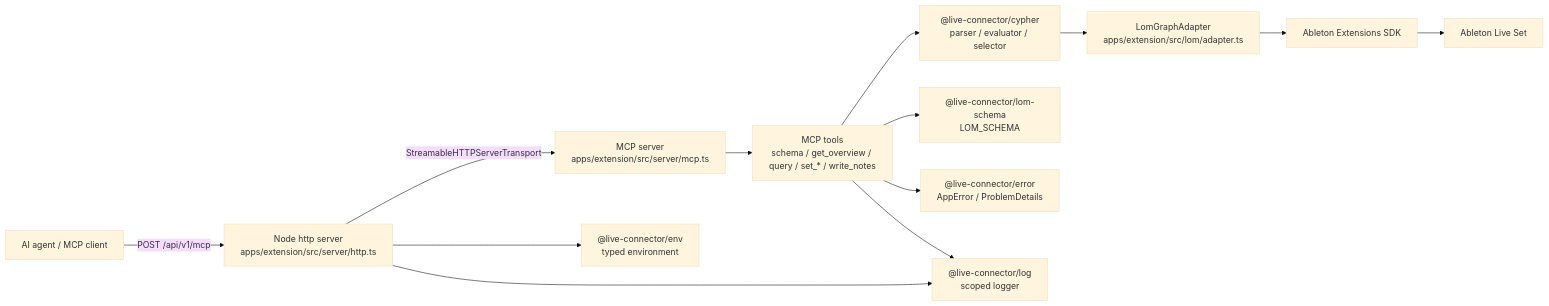
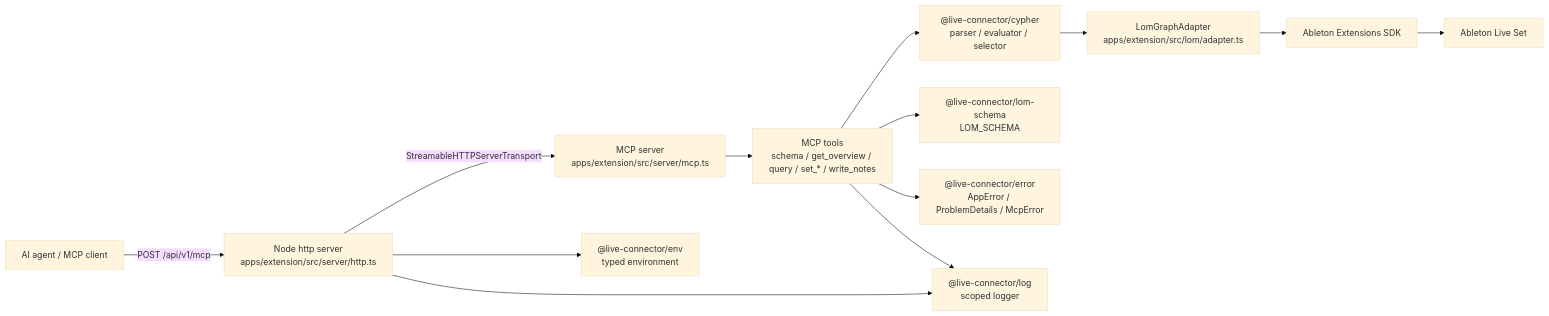
The first of 6 diagrams in llm/ARCHITECTURE.md (philtzjp/live-connector), drawn with Mermaid (base theme) before and after one commit. The commit also changed other lines of this file and 1 other file, not shown here.

Commit message:
docs(llm): MCP エラー契約を更新する

````diff
--- a/llm/ARCHITECTURE.md
+++ b/llm/ARCHITECTURE.md
@@ -9,28 +9,28 @@
 ```mermaid
 flowchart LR
     agent["AI agent / MCP client"]
     http["Node http server<br/>apps/extension/src/server/http.ts"]
     mcp["MCP server<br/>apps/extension/src/server/mcp.ts"]
     tools["MCP tools<br/>schema / get_overview / query / set_* / write_notes"]
     cypher["@live-connector/cypher<br/>parser / evaluator / selector"]
     adapter["LomGraphAdapter<br/>apps/extension/src/lom/adapter.ts"]
     sdk["Ableton Extensions SDK"]
     live["Ableton Live Set"]
     schema["@live-connector/lom-schema<br/>LOM_SCHEMA"]
     env["@live-connector/env<br/>typed environment"]
-    error["@live-connector/error<br/>AppError / ProblemDetails"]
+    error["@live-connector/error<br/>AppError / ProblemDetails / McpError"]
     log["@live-connector/log<br/>scoped logger"]
 
     agent -->|"POST /api/v1/mcp"| http
     http -->|"StreamableHTTPServerTransport"| mcp
     mcp --> tools
     tools --> cypher
     tools --> schema
     cypher --> adapter
     adapter --> sdk
     sdk --> live
     http --> env
     tools --> error
     http --> log
     tools --> log
 ```
````
